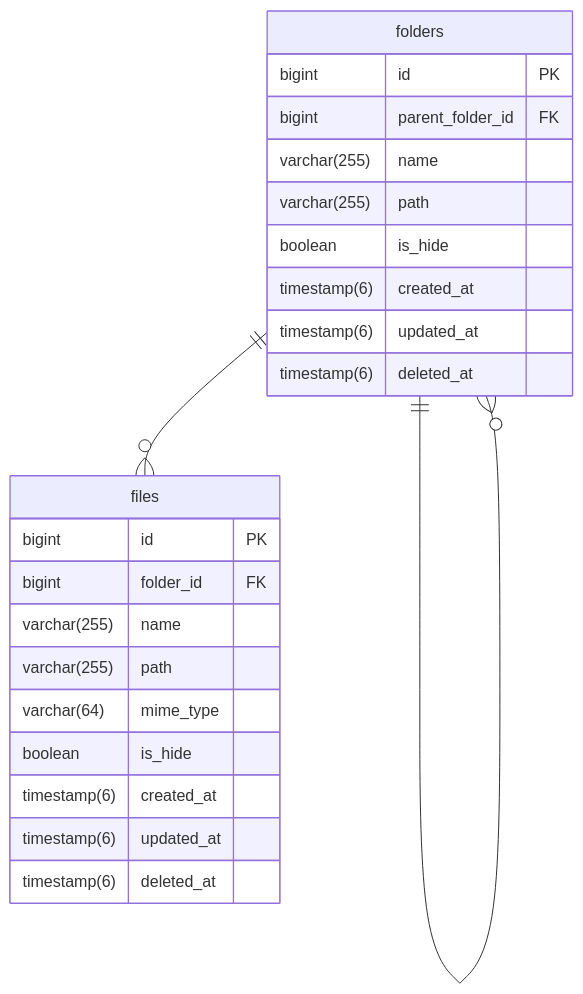
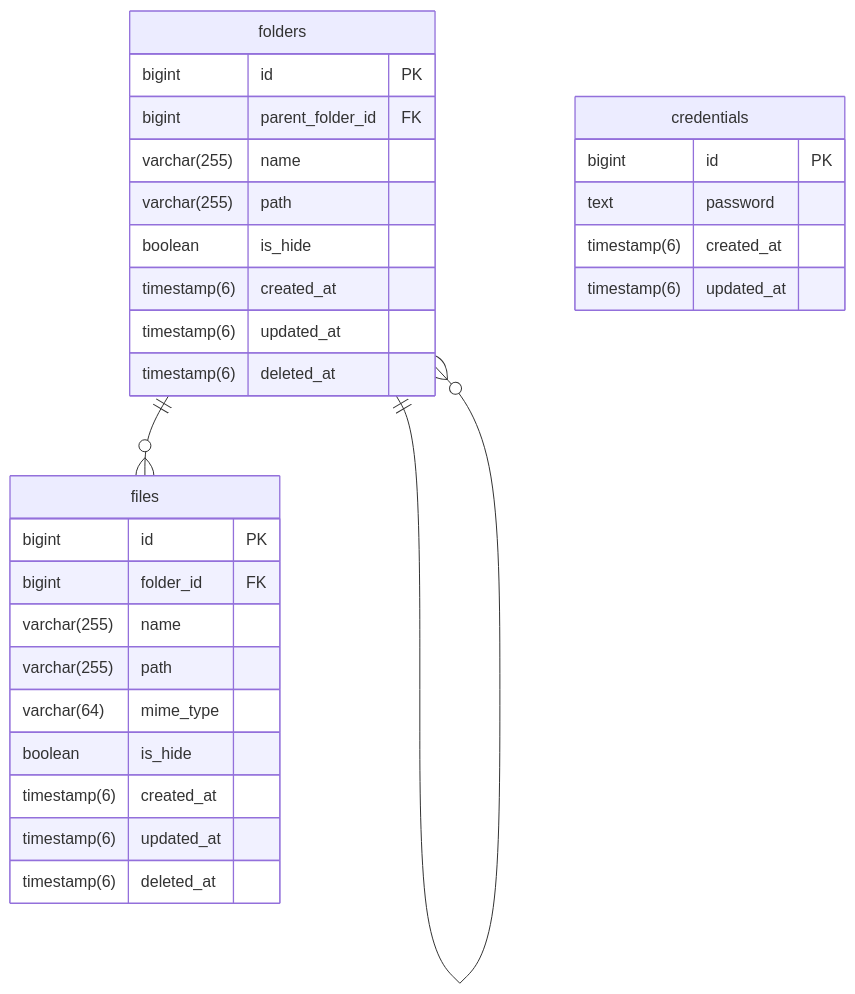
Before and after one commit to atsumarukun/file-server: the diagram in docs/er-diagram.md, drawn with Mermaid. The commit also changed other lines of this file and 2 other files, not shown here.

````diff
--- a/docs/er-diagram.md
+++ b/docs/er-diagram.md
@@ -3,29 +3,36 @@
 ```mermaid
 erDiagram
 
 folders {
     bigint id PK
     bigint parent_folder_id FK
     varchar(255) name
     varchar(255) path
     boolean is_hide
     timestamp(6) created_at
     timestamp(6) updated_at
     timestamp(6) deleted_at
 }
 
 files {
     bigint id PK
     bigint folder_id FK
     varchar(255) name
     varchar(255) path
     varchar(64) mime_type
     boolean is_hide
     timestamp(6) created_at
     timestamp(6) updated_at
     timestamp(6) deleted_at
 }
 
+credentials {
+    bigint id PK
+    text password
+    timestamp(6) created_at
+    timestamp(6) updated_at
+}
+
 folders ||--o{ folders: ""
 folders ||--o{ files: ""
 ```
````
